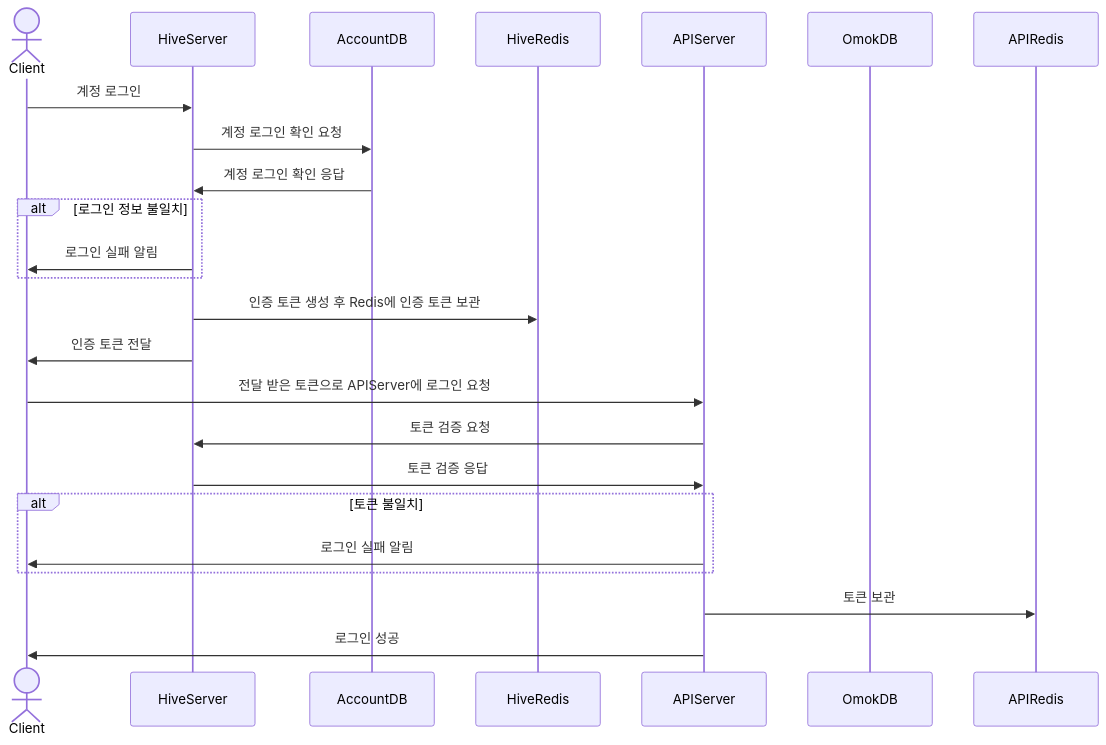
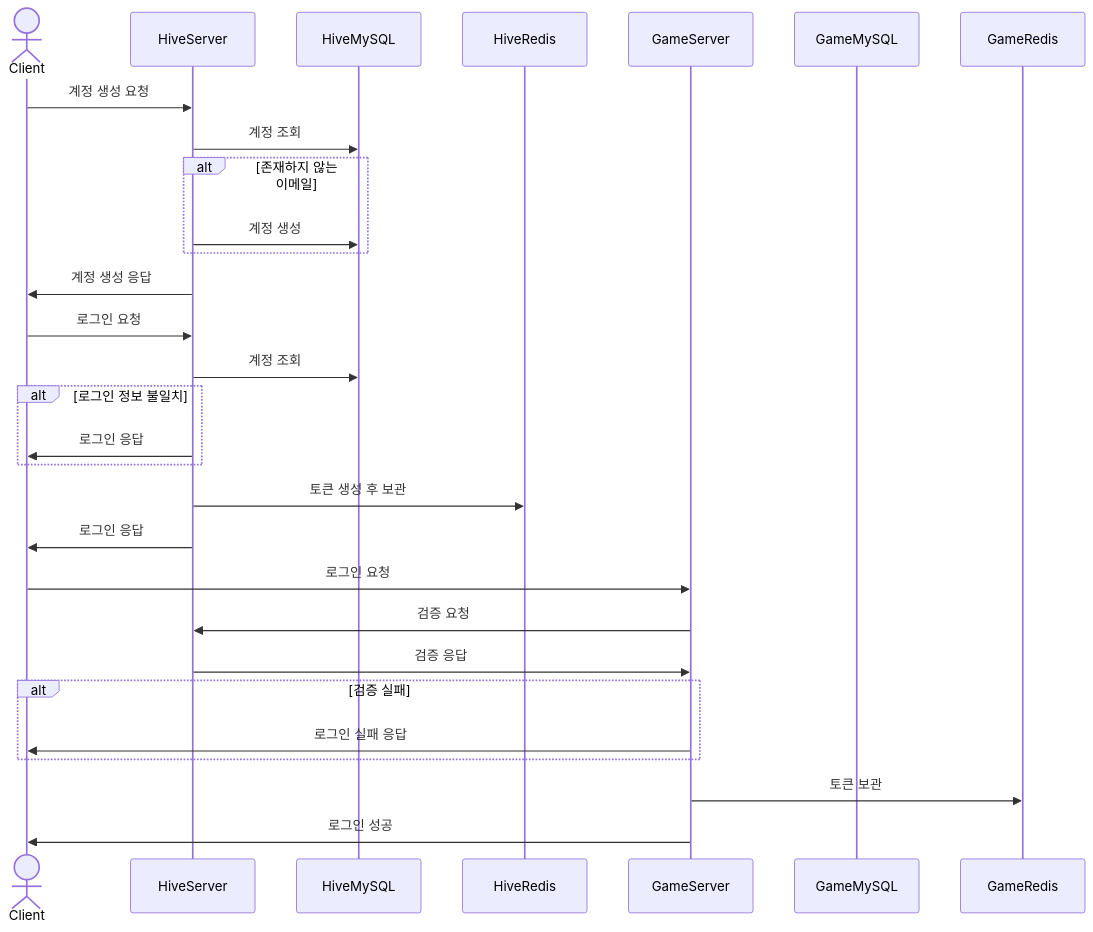
One commit to ever330/ServerCampus changed the diagram in SequenceDiagram.md. Above: the diagram before and after it, drawn with Mermaid.

Commit message:
시퀀스 다이어그램 수정

````diff
--- a/SequenceDiagram.md
+++ b/SequenceDiagram.md
@@ -2,28 +2,35 @@
 ```mermaid
 sequenceDiagram
     actor Client
     participant HiveServer
-    participant AccountDB
+    participant HiveMySQL
     participant HiveRedis
-    participant APIServer
-    participant OmokDB
-    participant APIRedis
-    Client ->> HiveServer: 계정 로그인
-    HiveServer ->> AccountDB: 계정 로그인 확인 요청
-    AccountDB ->> HiveServer: 계정 로그인 확인 응답
-    alt 로그인 정보 불일치
-        HiveServer ->> Client: 로그인 실패 알림
+    participant GameServer
+    participant GameMySQL
+    participant GameRedis
+
+    Client ->> HiveServer: 계정 생성 요청
+    HiveServer ->> HiveMySQL: 계정 조회
+    alt 존재하지 않는 이메일
+        HiveServer ->> HiveMySQL: 계정 생성
     end
 
-    HiveServer ->> HiveRedis: 인증 토큰 생성 후 Redis에 인증 토큰 보관
-    HiveServer ->> Client: 인증 토큰 전달
-    Client ->> APIServer: 전달 받은 토큰으로 APIServer에 로그인 요청
-    APIServer ->> HiveServer: 토큰 검증 요청
-    HiveServer ->> APIServer: 토큰 검증 응답
-    alt 토큰 불일치
-        APIServer ->> Client: 로그인 실패 알림
+    HiveServer ->> Client: 계정 생성 응답
+    Client ->> HiveServer: 로그인 요청
+    HiveServer ->> HiveMySQL: 계정 조회
+    alt 로그인 정보 불일치
+        HiveServer ->> Client: 로그인 응답
     end
 
-    APIServer ->> APIRedis: 토큰 보관
-    APIServer ->> Client: 로그인 성공
+    HiveServer ->> HiveRedis: 토큰 생성 후 보관
+    HiveServer ->> Client: 로그인 응답
+    Client ->> GameServer: 로그인 요청
+    GameServer ->> HiveServer: 검증 요청
+    HiveServer ->> GameServer: 검증 응답
+    alt 검증 실패
+        GameServer ->> Client: 로그인 실패 응답
+    end
+
+    GameServer ->> GameRedis: 토큰 보관
+    GameServer ->> Client: 로그인 성공
 ```
````
